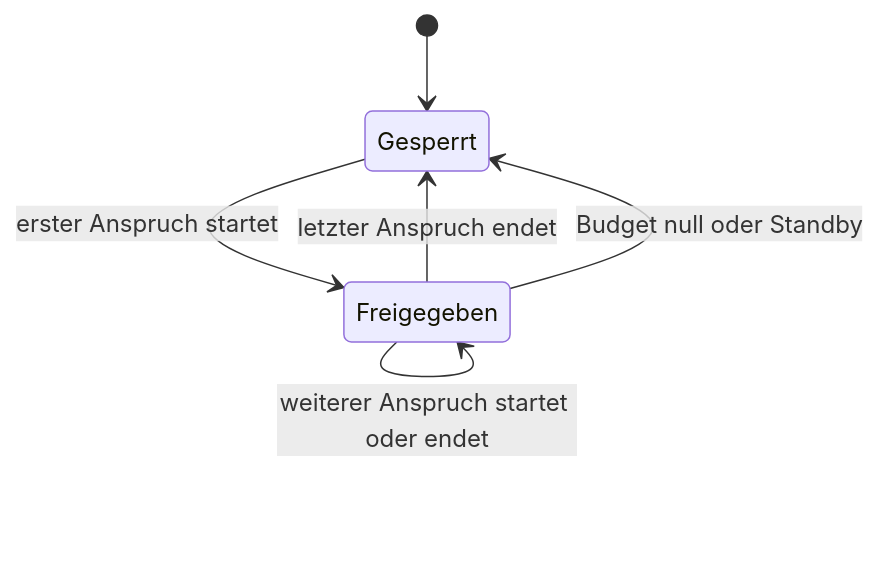
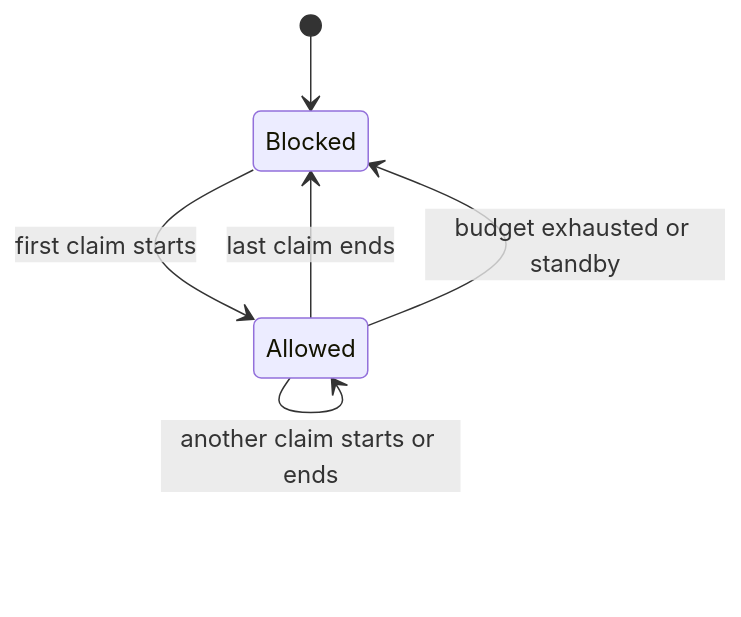
The first of 2 diagrams in docs/README_KIDCONTROL.md (tseiman/KidControl), drawn with Mermaid before and after one commit. The commit also changed other lines of this file and 2 other files, not shown here.

````diff
--- a/docs/README_KIDCONTROL.md
+++ b/docs/README_KIDCONTROL.md
@@ -118,8 +118,8 @@
 ```mermaid
 stateDiagram-v2
-    [*] --> Gesperrt
-    Gesperrt --> Freigegeben: erster Anspruch startet
-    Freigegeben --> Freigegeben: weiterer Anspruch startet oder endet
-    Freigegeben --> Gesperrt: letzter Anspruch endet
-    Freigegeben --> Gesperrt: Budget null oder Standby
+    [*] --> Blocked
+    Blocked --> Allowed: first claim starts
+    Allowed --> Allowed: another claim starts or ends
+    Allowed --> Blocked: last claim ends
+    Allowed --> Blocked: budget exhausted or standby
 ```
````
